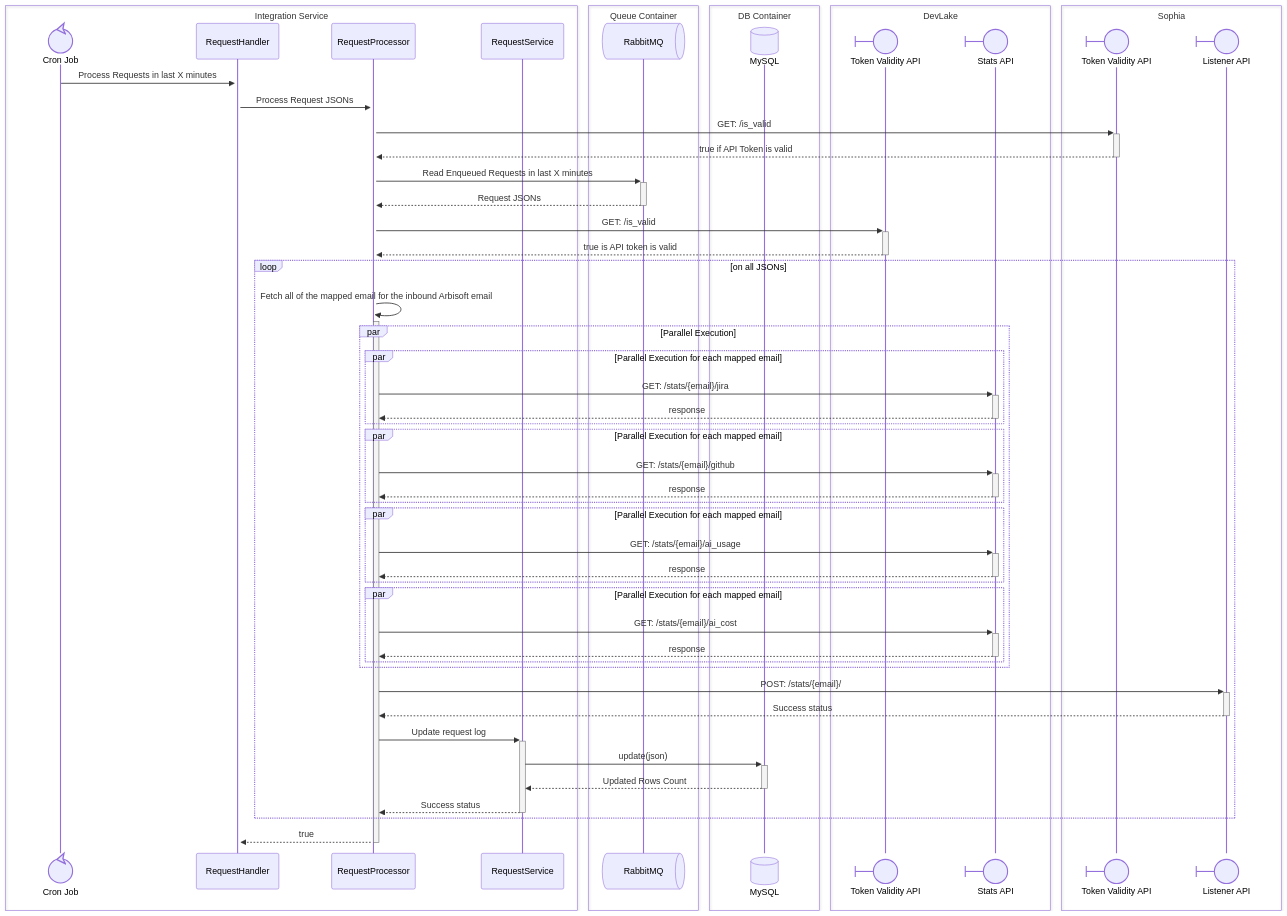
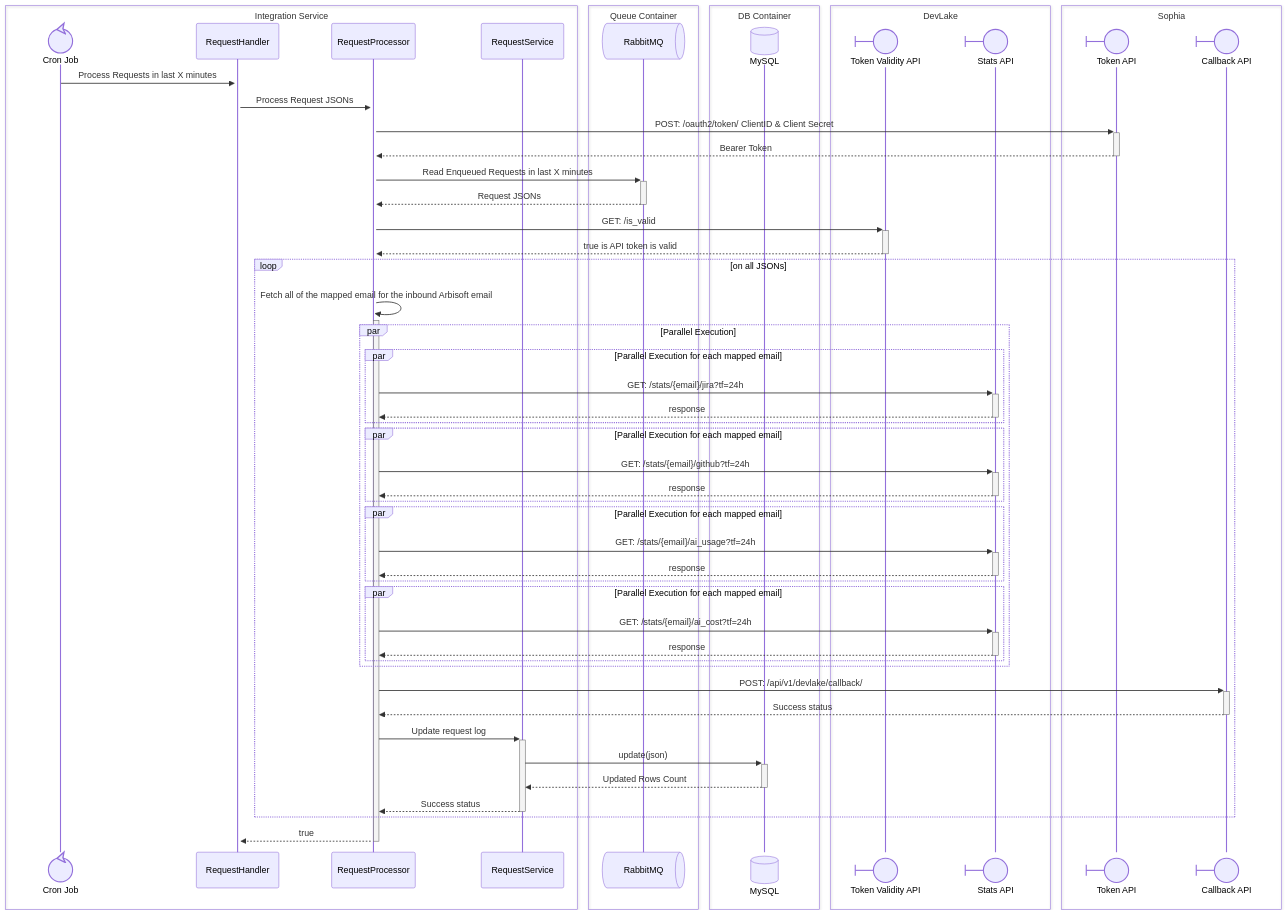
Before and after one commit to arbisoft/incubator-devlake: the sixth of 7 diagrams in integration-service-architecture-plan.md, drawn with Mermaid. The commit also changed other lines of this file, not shown here.

First line of the commit message:
docs: add Sophia API contracts to integration service plan

````diff
--- a/integration-service-architecture-plan.md
+++ b/integration-service-architecture-plan.md
@@ -309,68 +427,68 @@
 ```mermaid
 sequenceDiagram
     box Integration Service
         participant cron_job@{ "type": "control" } as Cron Job
         participant request_handler as RequestHandler
         participant request_processor as RequestProcessor
         participant request_service as RequestService
     end
     box Queue Container
         participant rmq@{ "type": "queue"} as RabbitMQ
     end
     box DB Container
         participant db@{ "type": "database" } as MySQL
     end
     box DevLake
         participant dl_token_validity_api@{ "type": "boundary" } as Token Validity API
         participant stats_api@{ "type": "boundary" } as Stats API
     end
     box Sophia
-        participant so_token_validity_api@{ "type": "boundary" } as Token Validity API
-        participant listener_api@{ "type": "boundary" } as Listener API
+        participant so_token_api@{ "type": "boundary" } as Token API
+        participant callback_api@{ "type": "boundary" } as Callback API
     end
 
     cron_job->>+request_handler: Process Requests in last X minutes
     request_handler->>+request_processor:Process Request JSONs
 
-    request_processor->>+so_token_validity_api: GET: /is_valid
-    so_token_validity_api-->>-request_processor: true if API Token is valid
+    request_processor->>+so_token_api: POST: /oauth2/token/ ClientID & Client Secret
+    so_token_api-->>-request_processor: Bearer Token
 
     request_processor->>+rmq:Read Enqueued Requests in last X minutes
     rmq-->>-request_processor: Request JSONs
 
     request_processor->>+dl_token_validity_api: GET: /is_valid
     dl_token_validity_api-->>-request_processor: true is API token is valid
 
     loop on all JSONs
         request_processor->>+request_processor: Fetch all of the mapped email for the inbound Arbisoft email
         par Parallel Execution
 
             par Parallel Execution for each mapped email
-                request_processor->>+stats_api: GET: /stats/{email}/jira
+                request_processor->>+stats_api: GET: /stats/{email}/jira?tf=24h
                 stats_api-->>-request_processor: response
             end
             par Parallel Execution for each mapped email
-                request_processor->>+stats_api: GET: /stats/{email}/github
+                request_processor->>+stats_api: GET: /stats/{email}/github?tf=24h
                 stats_api-->>-request_processor: response
             end
             par Parallel Execution for each mapped email
-                request_processor->>+stats_api: GET: /stats/{email}/ai_usage
+                request_processor->>+stats_api: GET: /stats/{email}/ai_usage?tf=24h
                 stats_api-->>-request_processor: response
             end
             par Parallel Execution for each mapped email
-                request_processor->>+stats_api: GET: /stats/{email}/ai_cost
+                request_processor->>+stats_api: GET: /stats/{email}/ai_cost?tf=24h
                 stats_api-->>-request_processor: response
             end
         end
 
-        request_processor->>+listener_api: POST: /stats/{email}/
-        listener_api-->>-request_processor: Success status
+        request_processor->>+callback_api: POST: /api/v1/devlake/callback/
+        callback_api-->>-request_processor: Success status
 
         request_processor->>+request_service: Update request log
         request_service->>+db: update(json)
         db-->>-request_service: Updated Rows Count
         request_service-->>-request_processor: Success status
     end
     
     request_processor-->>-request_handler: true
 ```
````
